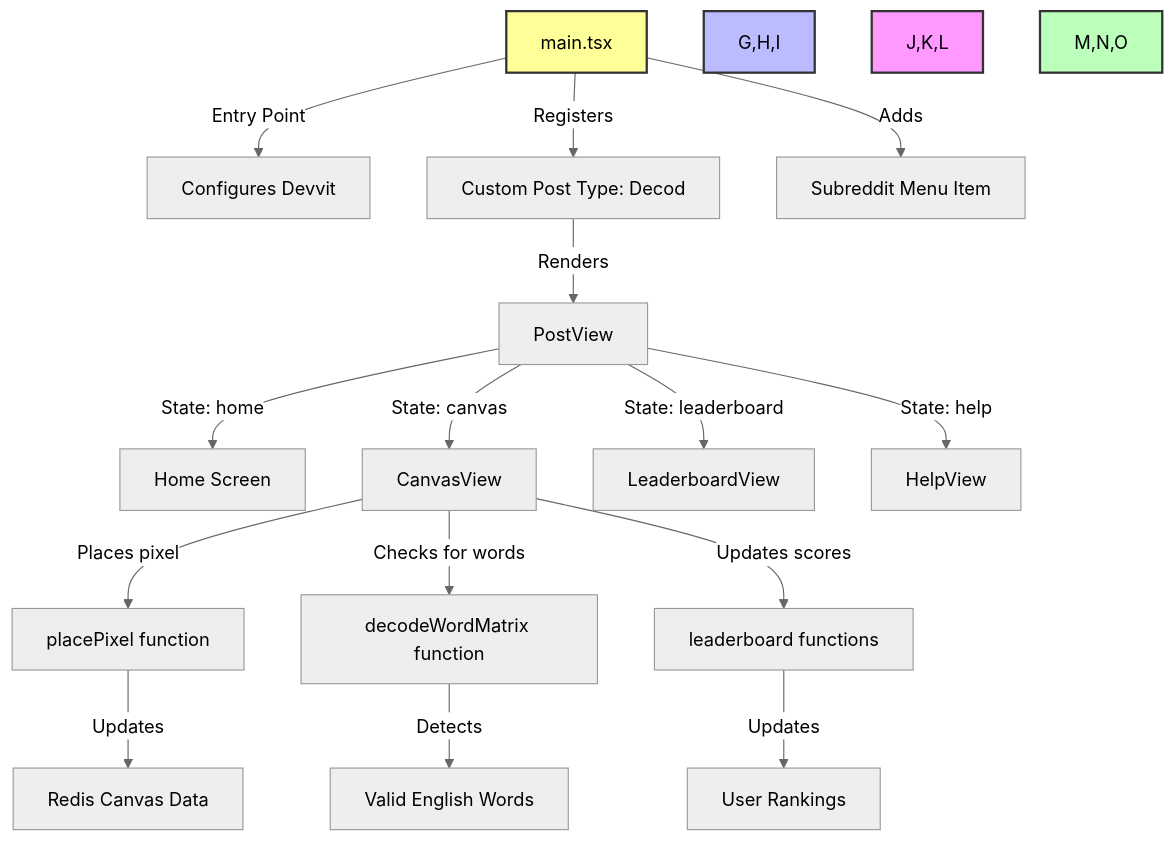
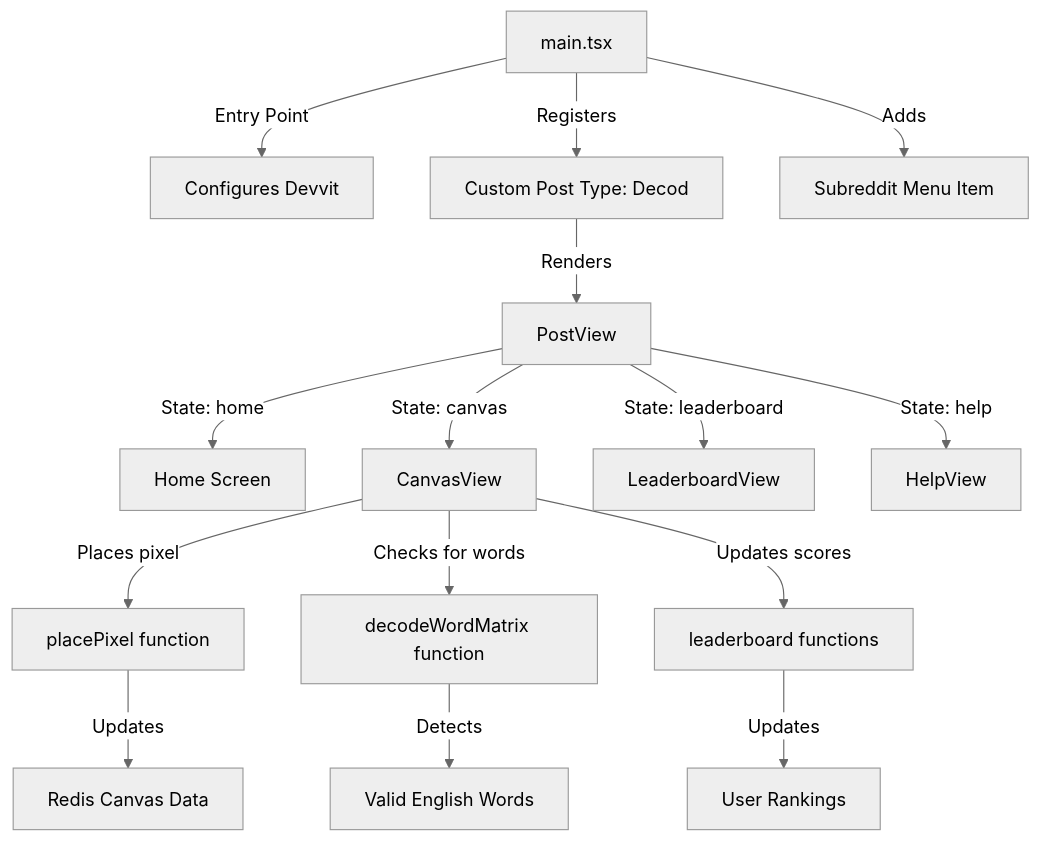
One commit to bm777/decod changed the second of 4 diagrams in README.md. Above: the diagram before and after it, drawn with Mermaid (neutral theme). The commit also changed other lines of this file, not shown here.

Commit message:
restyle the mermaid

````diff
--- a/README.md
+++ b/README.md
@@ -55,25 +52,22 @@
 ```mermaid
 flowchart TD
     A[main.tsx] -->|Entry Point| B[Configures Devvit]
     A -->|Registers| C[Custom Post Type: Decod]
     A -->|Adds| D[Subreddit Menu Item]
     
     C -->|Renders| E[PostView]
     E -->|State: home| F[Home Screen]
     E -->|State: canvas| G[CanvasView]
     E -->|State: leaderboard| H[LeaderboardView]
     E -->|State: help| I[HelpView]
     
     G -->|Places pixel| J[placePixel function]
     G -->|Checks for words| K[decodeWordMatrix function]
     G -->|Updates scores| L[leaderboard functions]
     
     J -->|Updates| M[Redis Canvas Data]
     K -->|Detects| N[Valid English Words]
     L -->|Updates| O[User Rankings]
     
-    style A fill:#ff9,stroke:#333,stroke-width:2px
-    style G,H,I fill:#bbf,stroke:#333,stroke-width:2px
-    style J,K,L fill:#f9f,stroke:#333,stroke-width:2px
-    style M,N,O fill:#bfb,stroke:#333,stroke-width:2px
+
 ```
````
